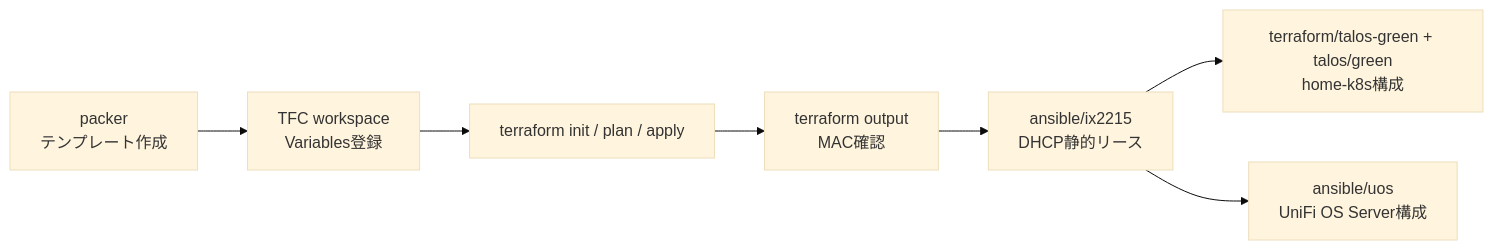
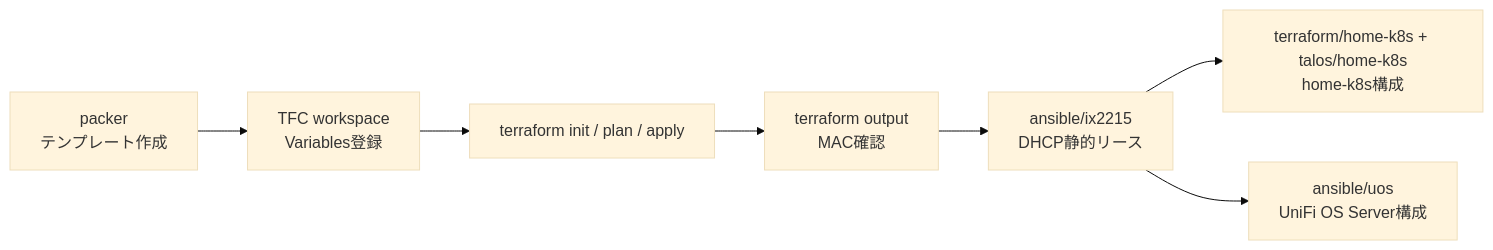
One commit to miutaku/my-infra changed the second of 2 diagrams in terraform/pve/README.md. Above: the diagram before and after it, drawn with Mermaid (base theme). The commit also changed other lines of this file and 27 other files, not shown here.

Commit message:
refactor: rename Talos production roots to home-k8s

````diff
--- a/terraform/pve/README.md
+++ b/terraform/pve/README.md
@@ -142,14 +142,14 @@
 ```mermaid
 flowchart LR
   Packer[packer<br/>テンプレート作成]
   Vars[TFC workspace<br/>Variables登録]
   Terraform[terraform init / plan / apply]
   Outputs[terraform output<br/>MAC確認]
   IX[ansible/ix2215<br/>DHCP静的リース]
-  HomeK8s[terraform/talos-green + talos/green<br/>home-k8s構成]
+  HomeK8s[terraform/home-k8s + talos/home-k8s<br/>home-k8s構成]
   UOS[ansible/uos<br/>UniFi OS Server構成]
 
   Packer --> Vars --> Terraform --> Outputs --> IX
   IX --> HomeK8s
   IX --> UOS
 ```
````
